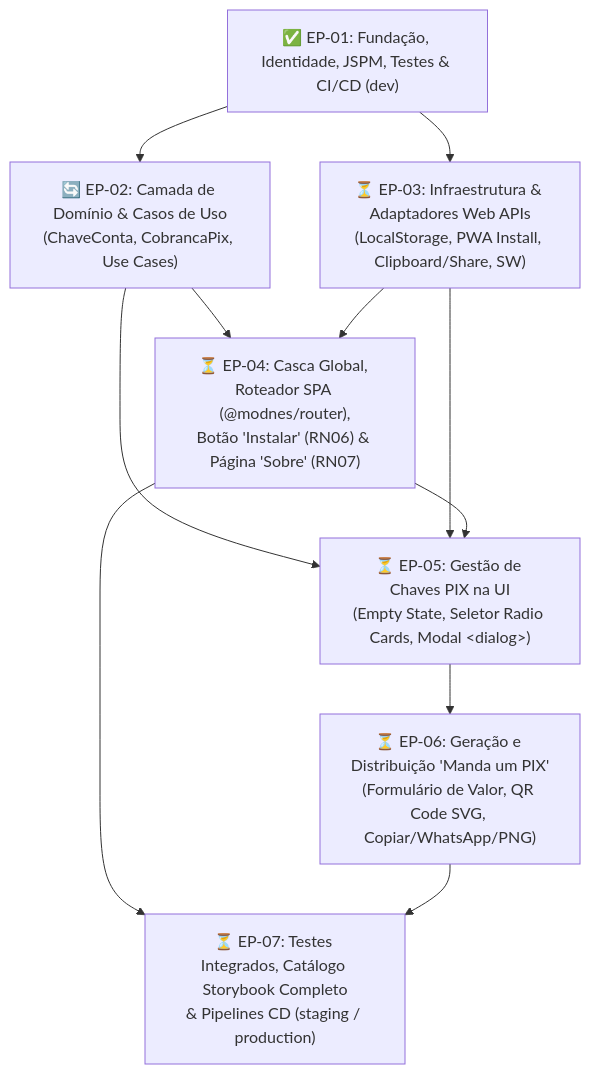
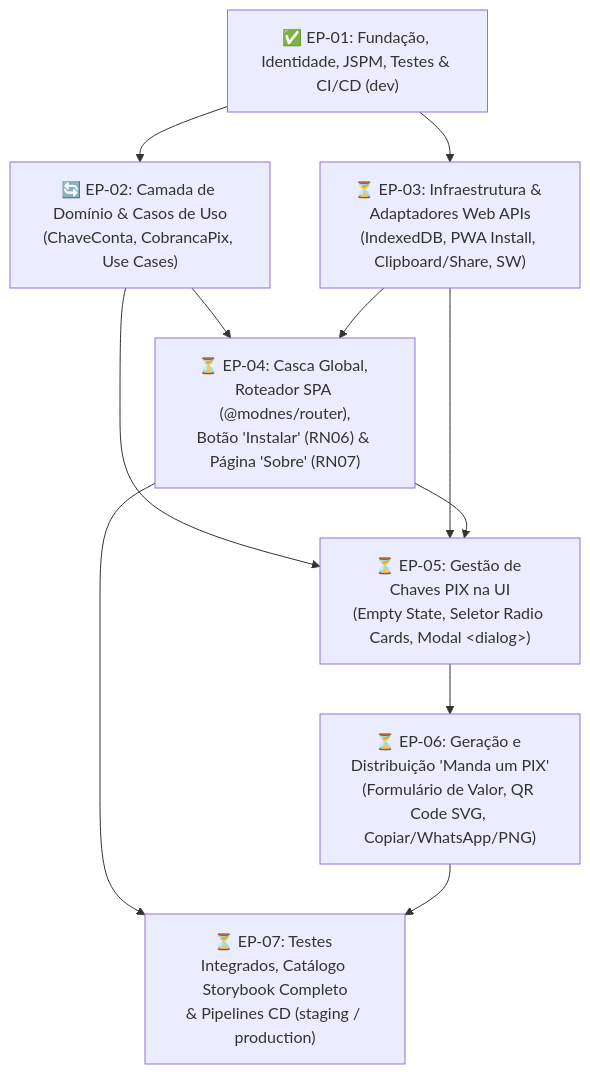
Before and after one commit to luizcanet/mandaumpix.app: the diagram in docs/business/backlog.md, drawn with Mermaid. The commit also changed other lines of this file and 13 other files, not shown here.

Commit message:
docs: update changelog and architecture documentation for local persistence and updates

````diff
--- a/docs/business/backlog.md
+++ b/docs/business/backlog.md
@@ -25,18 +25,18 @@
 ```mermaid
 flowchart TD
     EP01["✅ EP-01: Fundação, Identidade, JSPM, Testes & CI/CD (dev)"]
     EP02["🔄 EP-02: Camada de Domínio & Casos de Uso<br/>(ChaveConta, CobrancaPix, Use Cases)"]
-    EP03["⏳ EP-03: Infraestrutura & Adaptadores Web APIs<br/>(LocalStorage, PWA Install, Clipboard/Share, SW)"]
+    EP03["⏳ EP-03: Infraestrutura & Adaptadores Web APIs<br/>(IndexedDB, PWA Install, Clipboard/Share, SW)"]
     EP04["⏳ EP-04: Casca Global, Roteador SPA (@modnes/router),<br/>Botão 'Instalar' (RN06) & Página 'Sobre' (RN07)"]
     EP05["⏳ EP-05: Gestão de Chaves PIX na UI<br/>(Empty State, Seletor Radio Cards, Modal &lt;dialog&gt;)"]
     EP06["⏳ EP-06: Geração e Distribuição 'Manda um PIX'<br/>(Formulário de Valor, QR Code SVG, Copiar/WhatsApp/PNG)"]
     EP07["⏳ EP-07: Testes Integrados, Catálogo Storybook Completo<br/>& Pipelines CD (staging / production)"]
 
     EP01 --> EP02
     EP01 --> EP03
     EP02 --> EP04
     EP03 --> EP04
     EP02 & EP03 & EP04 --> EP05
     EP05 --> EP06
     EP04 & EP06 --> EP07
 ```
````
